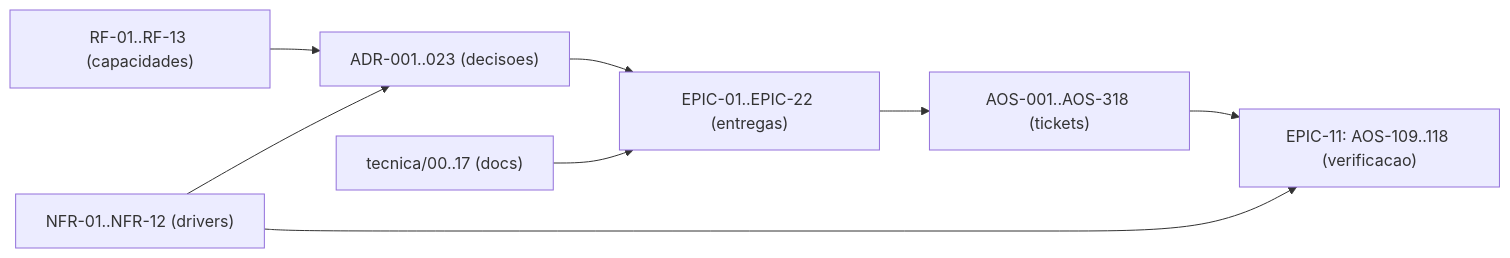
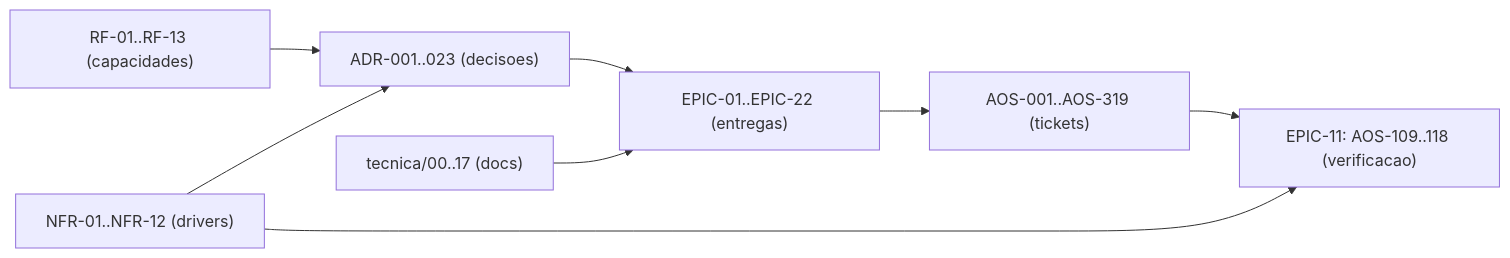
The diagram in tecnica/16_Rastreabilidade_RTM.md (albinoJimy/aos), drawn with Mermaid before and after one commit. The commit also changed other lines of this file and 8 other files, not shown here.

````diff
--- a/tecnica/16_Rastreabilidade_RTM.md
+++ b/tecnica/16_Rastreabilidade_RTM.md
@@ -180,10 +180,10 @@
 ```mermaid
 flowchart LR
     RF["RF-01..RF-13 (capacidades)"] --> ADR["ADR-001..023 (decisoes)"]
     NFR["NFR-01..NFR-12 (drivers)"] --> ADR
     ADR --> EPIC["EPIC-01..EPIC-22 (entregas)"]
-    EPIC --> TICK["AOS-001..AOS-318 (tickets)"]
+    EPIC --> TICK["AOS-001..AOS-319 (tickets)"]
     DOC["tecnica/00..17 (docs)"] --> EPIC
     TICK --> TEST["EPIC-11: AOS-109..118 (verificacao)"]
     NFR --> TEST
 ```
````
